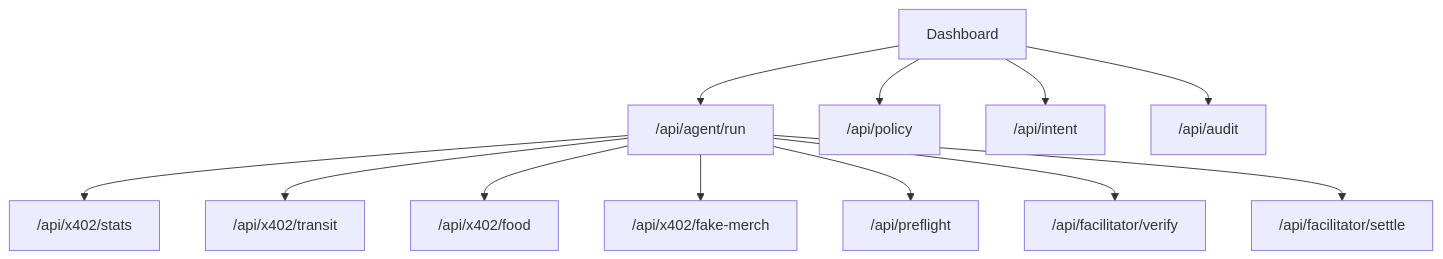
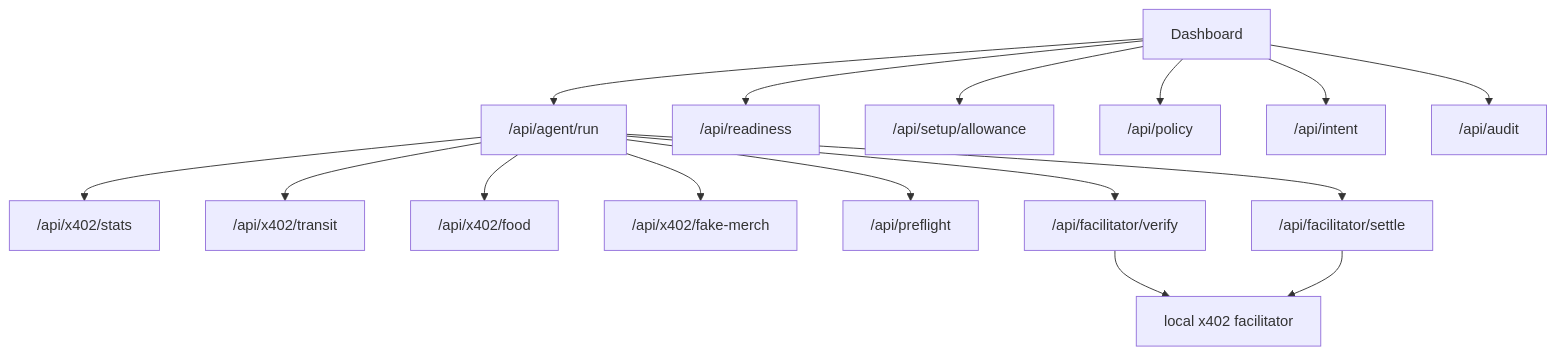
One commit to Marcussy34/SAFE changed the tenth of 10 diagrams in architecture.md. Above: the diagram before and after it, drawn with Mermaid. The commit also changed other lines of this file and 27 other files, not shown here.

Commit message:
Update environment configuration, enhance documentation, and improve UI components for wallet-based allowance setup. Added local x402 facilitator support and refined payment flow diagrams. Adjusted styles for better visual consistency across the dashboard.

````diff
--- a/architecture.md
+++ b/architecture.md
@@ -293,15 +313,19 @@
 ```mermaid
 flowchart TB
   Dashboard[Dashboard] --> AgentRun["/api/agent/run"]
+  Dashboard --> Readiness["/api/readiness"]
+  Dashboard --> Setup["/api/setup/allowance"]
   Dashboard --> Policy["/api/policy"]
   Dashboard --> Intent["/api/intent"]
   Dashboard --> Audit["/api/audit"]
 
   AgentRun --> Stats["/api/x402/stats"]
   AgentRun --> Transit["/api/x402/transit"]
   AgentRun --> Food["/api/x402/food"]
   AgentRun --> Fake["/api/x402/fake-merch"]
   AgentRun --> Preflight["/api/preflight"]
   AgentRun --> Verify["/api/facilitator/verify"]
   AgentRun --> Settle["/api/facilitator/settle"]
+  Verify --> LocalFacilitator["local x402 facilitator"]
+  Settle --> LocalFacilitator
 ```
````
